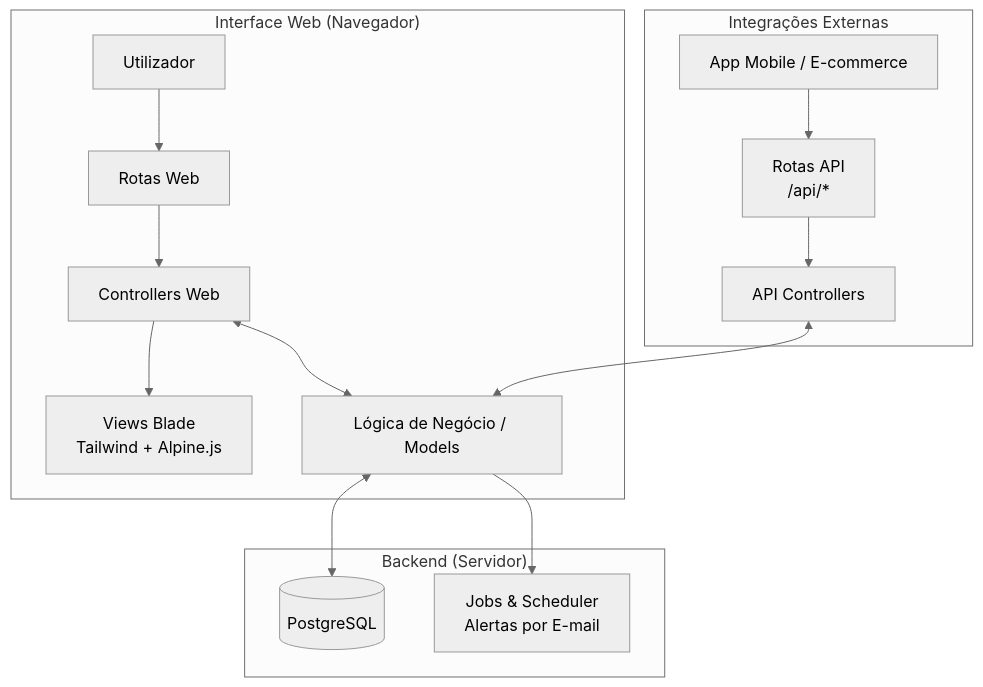
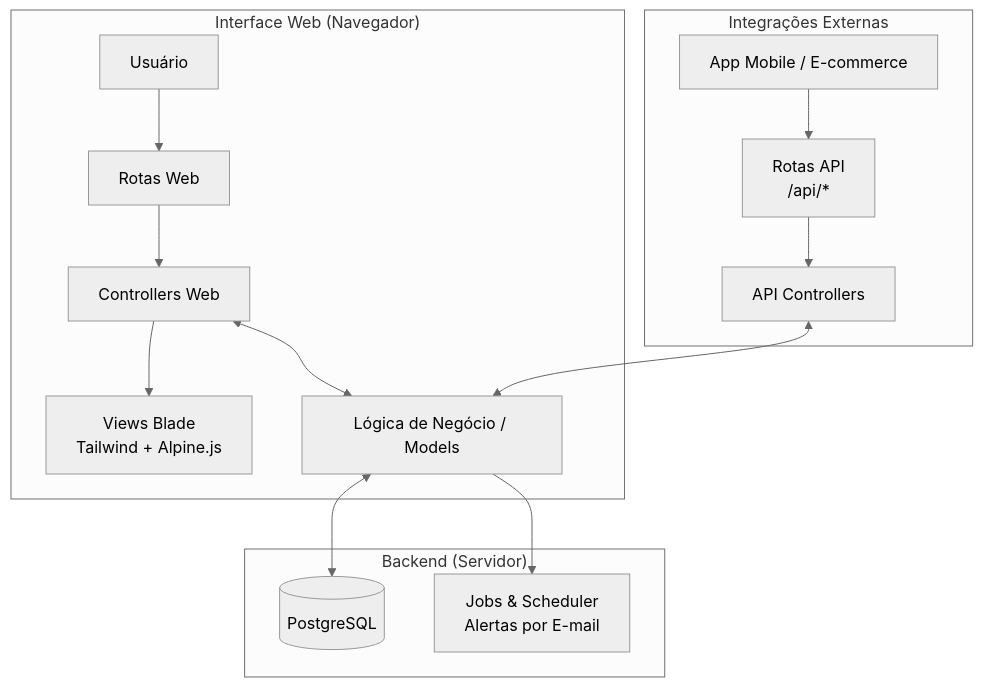
The diagram in README.md (Darkness1999/controle-estoque-crud-laravel), drawn with Mermaid (neutral theme) before and after one commit. The commit also changed other lines of this file, not shown here.

Commit message:
Refactor: Corrige termos de "Utilizador" para "Usuário" e melhora a descrição das funcionalidades no README.md

````diff
--- a/README.md
+++ b/README.md
@@ -50,20 +49,20 @@
 ```mermaid
 flowchart TD
     subgraph "Interface Web (Navegador)"
-        U[Utilizador] --> W[Rotas Web]
+        U[Usuário] --> W[Rotas Web]
         W --> C[Controllers Web]
         C --> V[Views Blade<br/>Tailwind + Alpine.js]
         C <--> L[Lógica de Negócio / Models]
     end
     
     subgraph "Integrações Externas"
         EXT[App Mobile / E-commerce] --> API[Rotas API<br/>/api/*]
         API --> AC[API Controllers]
         AC <--> L
     end
 
     subgraph "Backend (Servidor)"
         L <--> DB[(PostgreSQL)]
         L --> J[Jobs & Scheduler<br/>Alertas por E-mail]
     end
 ```
````
